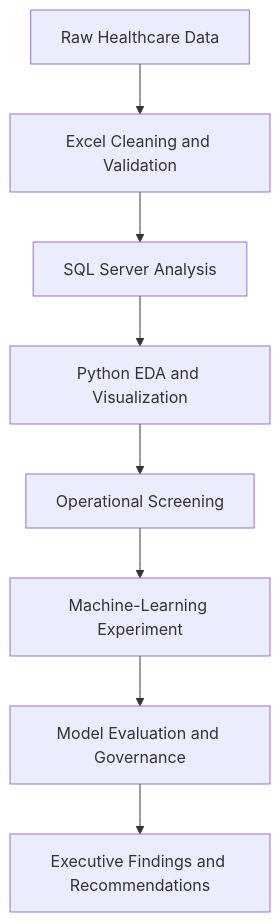
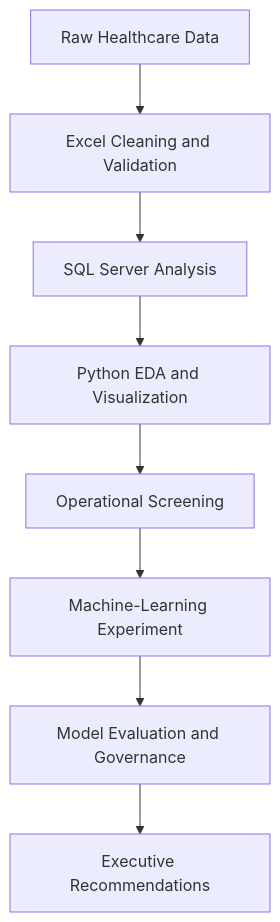
Before and after one commit to maheshwariswamy542-spec/Hospital_operations_Analysis: the diagram in README.md, drawn with Mermaid. The commit also changed other lines of this file, not shown here.

````diff
--- a/README.md
+++ b/README.md
@@ -62,10 +62,10 @@
 ```mermaid
 flowchart TD
     A["Raw Healthcare Data"] --> B["Excel Cleaning and Validation"]
     B --> C["SQL Server Analysis"]
     C --> D["Python EDA and Visualization"]
     D --> E["Operational Screening"]
     E --> F["Machine-Learning Experiment"]
     F --> G["Model Evaluation and Governance"]
-    G --> H["Executive Findings and Recommendations"]
+    G --> H["Executive Recommendations"]
 ```
````
